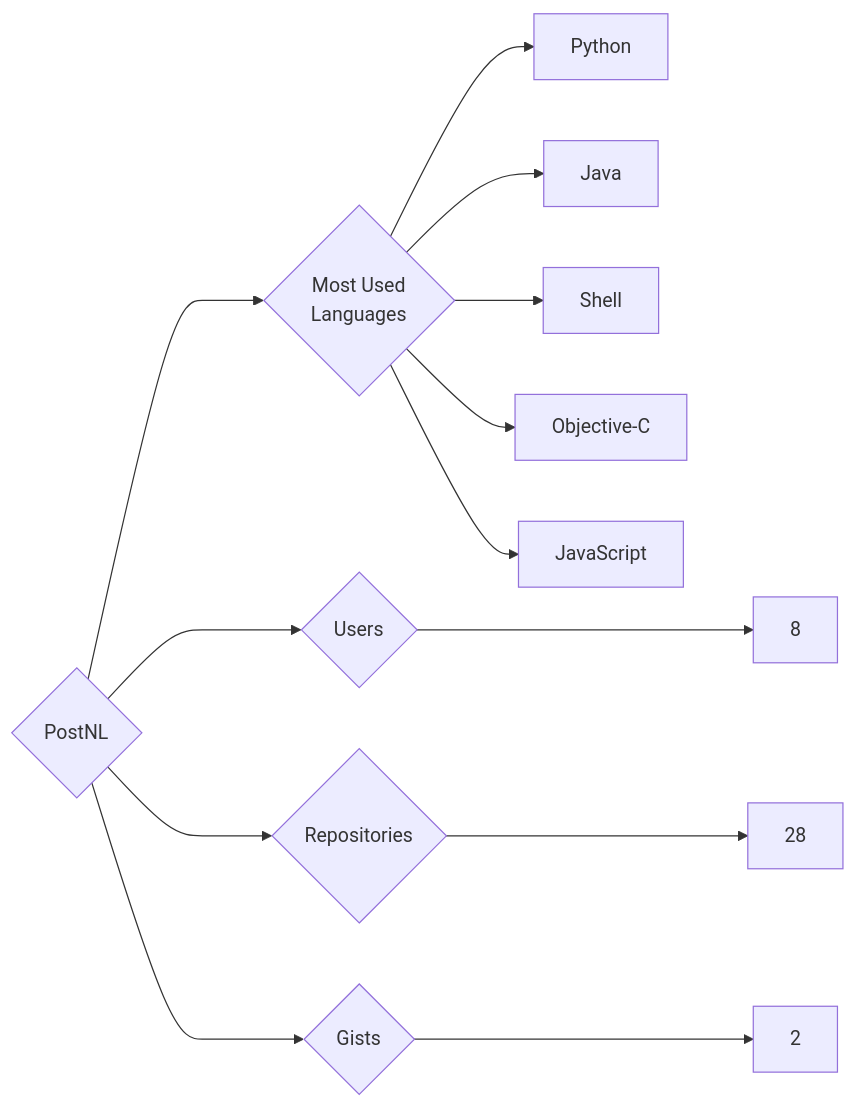
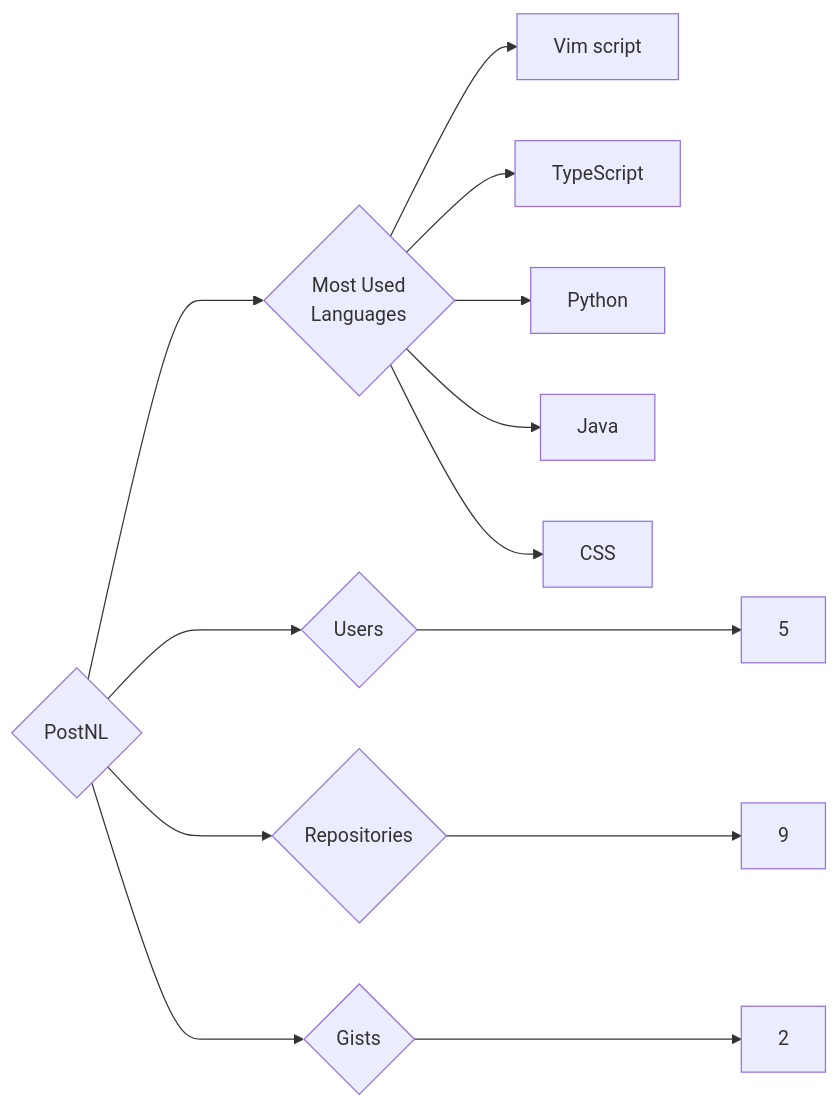
Before and after one commit to trickest/insiders: the diagram in targets/PostNL/README.md, drawn with Mermaid. The commit also changed 1011 other files, not shown here.

````diff
--- a/targets/PostNL/README.md
+++ b/targets/PostNL/README.md
@@ -3,13 +3,13 @@
 ```mermaid
 graph LR
 COMPANY_NAME{PostNL}
-COMPANY_NAME ---> U{Users} ---> UN[8]
-COMPANY_NAME ---> R{Repositories} ---> RN[28]
+COMPANY_NAME ---> U{Users} ---> UN[5]
+COMPANY_NAME ---> R{Repositories} ---> RN[9]
 COMPANY_NAME ---> G{Gists} ---> GN[2]
 COMPANY_NAME ---> ML{Most Used<br>Languages}
+ML --> Vim_script[Vim script]
+ML --> TypeScript[TypeScript]
 ML --> Python[Python]
 ML --> Java[Java]
-ML --> Shell[Shell]
-ML --> Objective-C[Objective-C]
-ML --> JavaScript[JavaScript]
+ML --> CSS[CSS]
 ```
````
